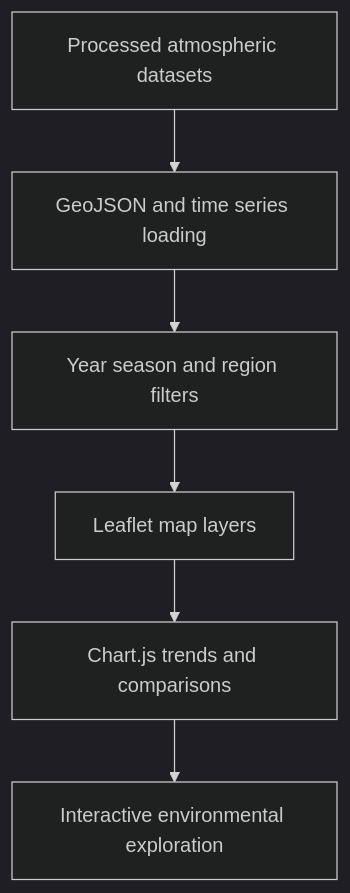
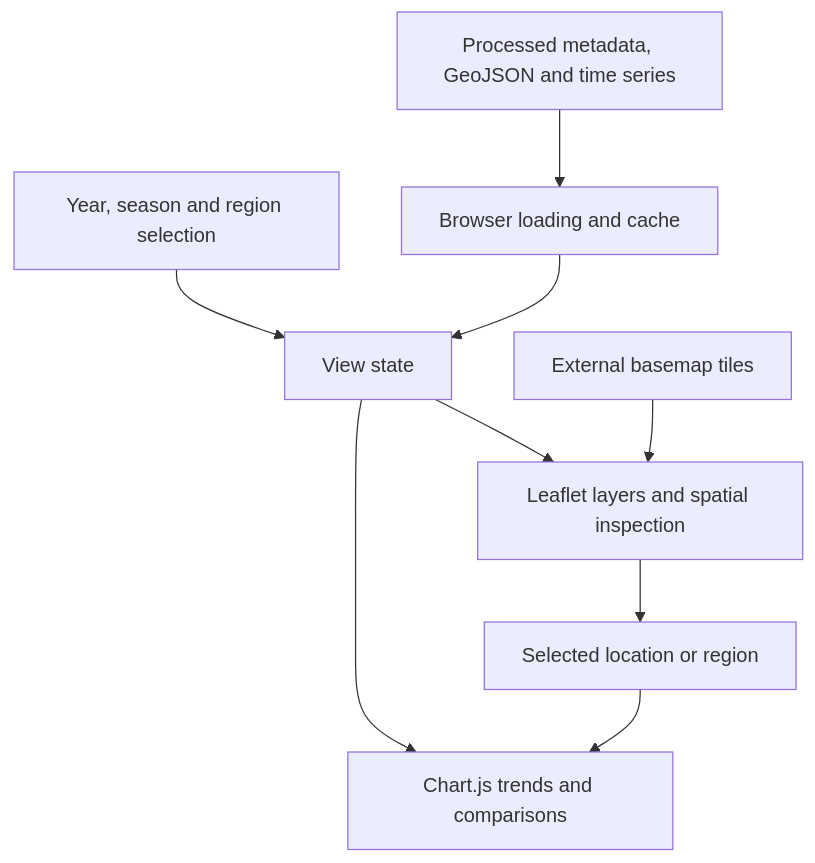
Before and after one commit to ryash14/HCHO.io: the diagram in README.md, drawn with Mermaid. The commit also changed other lines of this file and 5 other files, not shown here.

Commit message:
docs: explain purpose, architecture, usage and contribution workflow

````diff
--- a/README.md
+++ b/README.md
@@ -7,15 +39,11 @@
 ```mermaid
-%%{init: {'theme': 'dark'}}%%
-flowchart TD
-    N0["Processed atmospheric datasets"]
-    N1["GeoJSON and time series loading"]
-    N2["Year season and region filters"]
-    N3["Leaflet map layers"]
-    N4["Chart.js trends and comparisons"]
-    N5["Interactive environmental exploration"]
-    N0 --> N1
-    N1 --> N2
-    N2 --> N3
-    N3 --> N4
-    N4 --> N5
+flowchart TB
+    Data["Processed metadata, GeoJSON and time series"] --> Loader["Browser loading and cache"]
+    Controls["Year, season and region selection"] --> State["View state"]
+    Loader --> State
+    State --> Map["Leaflet layers and spatial inspection"]
+    State --> Charts["Chart.js trends and comparisons"]
+    Map --> Selection["Selected location or region"]
+    Selection --> Charts
+    Tiles["External basemap tiles"] --> Map
 ```
````
